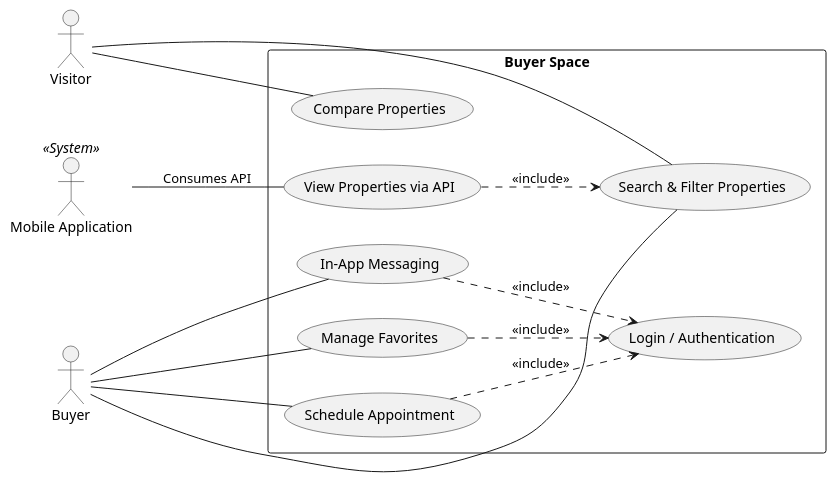
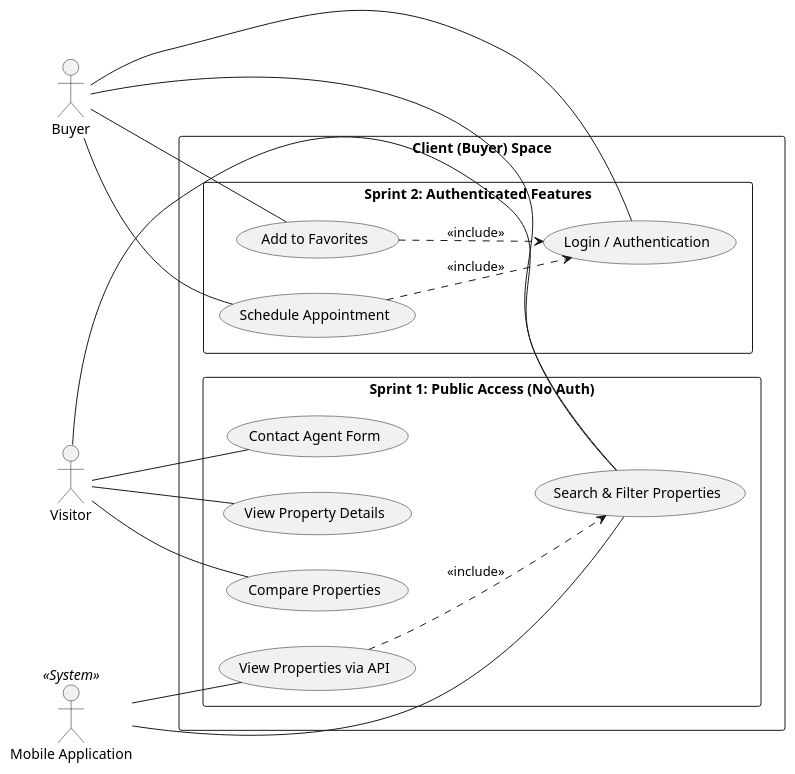
One commit to AZIZ-Soufiane/PropertyHub-PFE changed the diagram in UseCase/DevidedGlobalUseCase/global_UseCse_Client(Buyer).puml. Above: the diagram before and after it, drawn with PlantUML. The commit also changed 6 other files, not shown here.

```diff
--- a/UseCase/DevidedGlobalUseCase/global_UseCse_Client(Buyer).puml
+++ b/UseCase/DevidedGlobalUseCase/global_UseCse_Client(Buyer).puml
@@ -1,36 +1,43 @@
 @startuml
 left to right direction
-skinparam shadowing false
+skinparam packageStyle rectangle
 
 actor "Visitor" as Visitor
 actor "Buyer" as Buyer
 actor "Mobile Application" as MobileApp <<System>>
 
-rectangle "Buyer Space" {
+rectangle "Client (Buyer) Space" {
 
-    usecase "Login / Authentication" as Login
-    usecase "Search & Filter Properties" as Search
-    usecase "Compare Properties" as Compare
-    usecase "Manage Favorites" as Favorites
-    usecase "Schedule Appointment" as Appointment
-    usecase "In-App Messaging" as Messaging
-    usecase "View Properties via API" as APIView
+    rectangle "Sprint 1: Public Access (No Auth)" {
+        usecase "Search & Filter Properties" as Search
+        usecase "View Property Details" as Details
+        usecase "Compare Properties" as Compare
+        usecase "Contact Agent Form" as ContactAgent
+        usecase "View Properties via API" as APIView
+    }
 
-    Favorites ..> Login : <<include>>
-    Appointment ..> Login : <<include>>
-    Messaging ..> Login : <<include>>
-
-    APIView ..> Search : <<include>>
+    rectangle "Sprint 2: Authenticated Features" {
+        usecase "Login / Authentication" as Login
+        usecase "Add to Favorites" as Favorites
+        usecase "Schedule Appointment" as Appointment
+    }
 }
 
 Visitor -- Search
+Visitor -- Details
 Visitor -- Compare
+Visitor -- ContactAgent
 
+Buyer -- Login
 Buyer -- Search
 Buyer -- Favorites
 Buyer -- Appointment
-Buyer -- Messaging
 
-MobileApp -- APIView : "Consumes API"
+MobileApp -- APIView
+MobileApp -- Search
+
+Favorites ..> Login : <<include>>
+Appointment ..> Login : <<include>>
+APIView ..> Search : <<include>>
 
 @enduml
```
